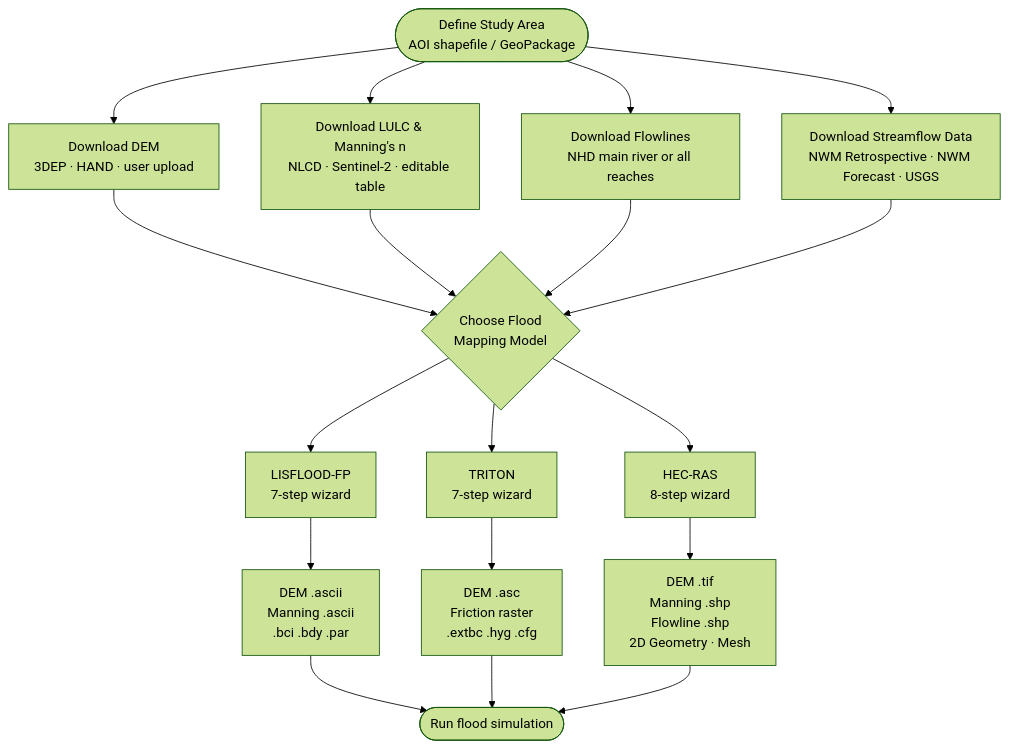
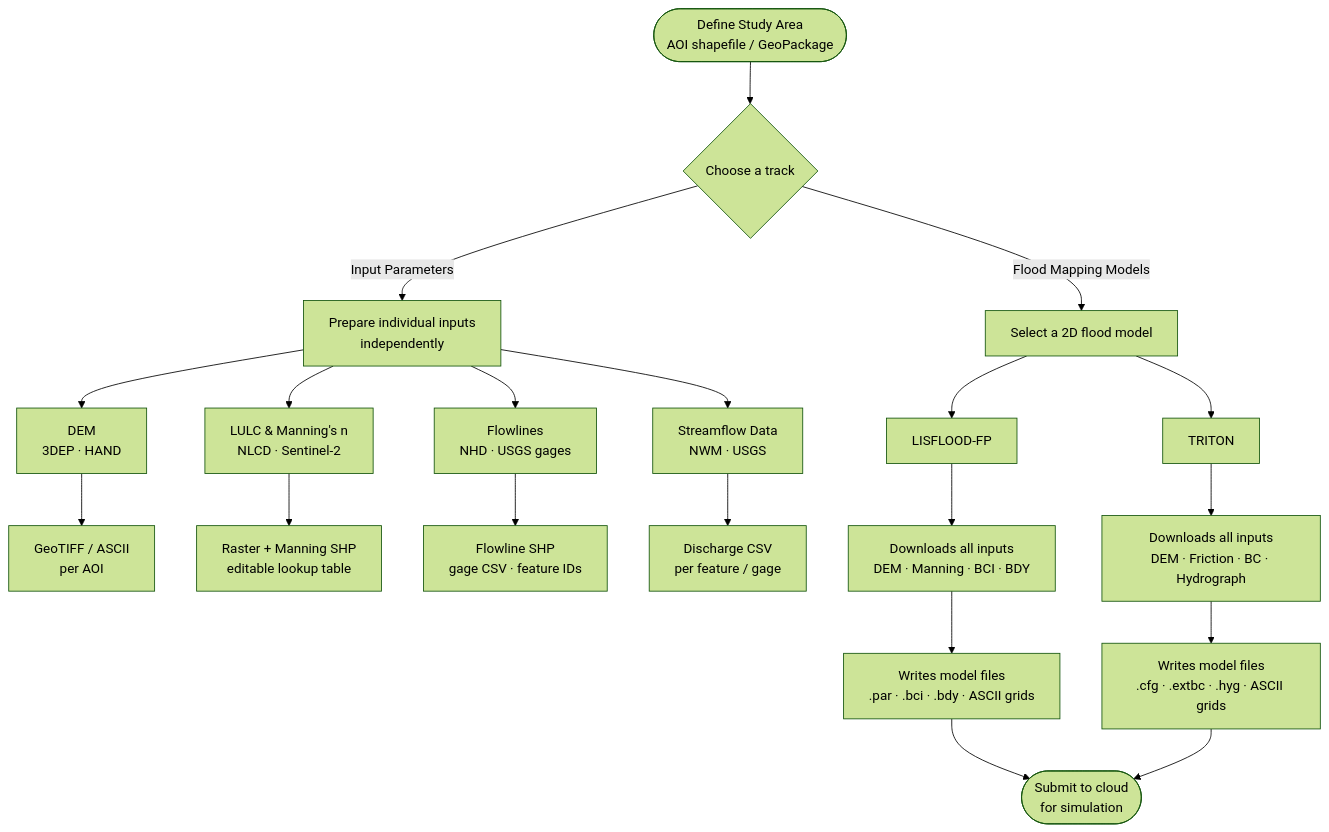
The diagram in README.md (pnikrou/FIMsim), drawn with Mermaid (forest theme) before and after one commit. The commit also changed other lines of this file, not shown here.

Commit message:
Update README: two-track workflow diagram, remove HEC-RAS

````diff
--- a/README.md
+++ b/README.md
@@ -26,28 +24,36 @@
 ```mermaid
-flowchart TD
+flowchart TB
     AOI([Define Study Area\nAOI shapefile / GeoPackage])
 
-    AOI --> DEM[Download DEM\n3DEP · HAND · user upload]
-    AOI --> LULC[Download LULC & Manning's n\nNLCD · Sentinel-2 · editable table]
-    AOI --> FL[Download Flowlines\nNHD main river or all reaches]
-    AOI --> SF[Download Streamflow Data\nNWM Retrospective · NWM Forecast · USGS]
+    AOI --> TRACK
 
-    DEM   --> MODEL
-    LULC  --> MODEL
-    FL    --> MODEL
-    SF    --> MODEL
+    TRACK{Choose a track}
 
-    MODEL{Choose Flood\nMapping Model}
+    %% ── Left track: Input Parameters ──────────────────────────────────────
+    TRACK -->|Input Parameters| IP[Prepare individual inputs\nindependently]
 
-    MODEL --> LFP[LISFLOOD-FP\n7-step wizard]
-    MODEL --> TRI[TRITON\n7-step wizard]
-    MODEL --> HEC[HEC-RAS\n8-step wizard]
+    IP --> DEM[DEM\n3DEP · HAND]
+    IP --> LULC[LULC & Manning's n\nNLCD · Sentinel-2]
+    IP --> FL[Flowlines\nNHD · USGS gages]
+    IP --> SF[Streamflow Data\nNWM · USGS]
 
-    LFP --> OUT_LFP[DEM .ascii\nManning .ascii\n.bci  .bdy  .par]
-    TRI --> OUT_TRI[DEM .asc\nFriction raster\n.extbc  .hyg  .cfg]
-    HEC --> OUT_HEC[DEM .tif\nManning .shp\nFlowline .shp\n2D Geometry · Mesh]
+    DEM  --> O_DEM[GeoTIFF / ASCII\nper AOI]
+    LULC --> O_LULC[Raster + Manning SHP\neditable lookup table]
+    FL   --> O_FL[Flowline SHP\ngage CSV · feature IDs]
+    SF   --> O_SF[Discharge CSV\nper feature / gage]
 
-    OUT_LFP --> RUN([Run flood simulation])
-    OUT_TRI --> RUN
-    OUT_HEC --> RUN
+    %% ── Right track: Flood Mapping Models ─────────────────────────────────
+    TRACK -->|Flood Mapping Models| FM[Select a 2D flood model]
+
+    FM --> LFP[LISFLOOD-FP]
+    FM --> TRI[TRITON]
+
+    LFP --> LFP_IN[Downloads all inputs\nDEM · Manning · BCI · BDY]
+    TRI --> TRI_IN[Downloads all inputs\nDEM · Friction · BC · Hydrograph]
+
+    LFP_IN --> LFP_OUT[Writes model files\n.par · .bci · .bdy · ASCII grids]
+    TRI_IN --> TRI_OUT[Writes model files\n.cfg · .extbc · .hyg · ASCII grids]
+
+    LFP_OUT --> CLOUD([Submit to cloud\nfor simulation])
+    TRI_OUT --> CLOUD
 ```
````
